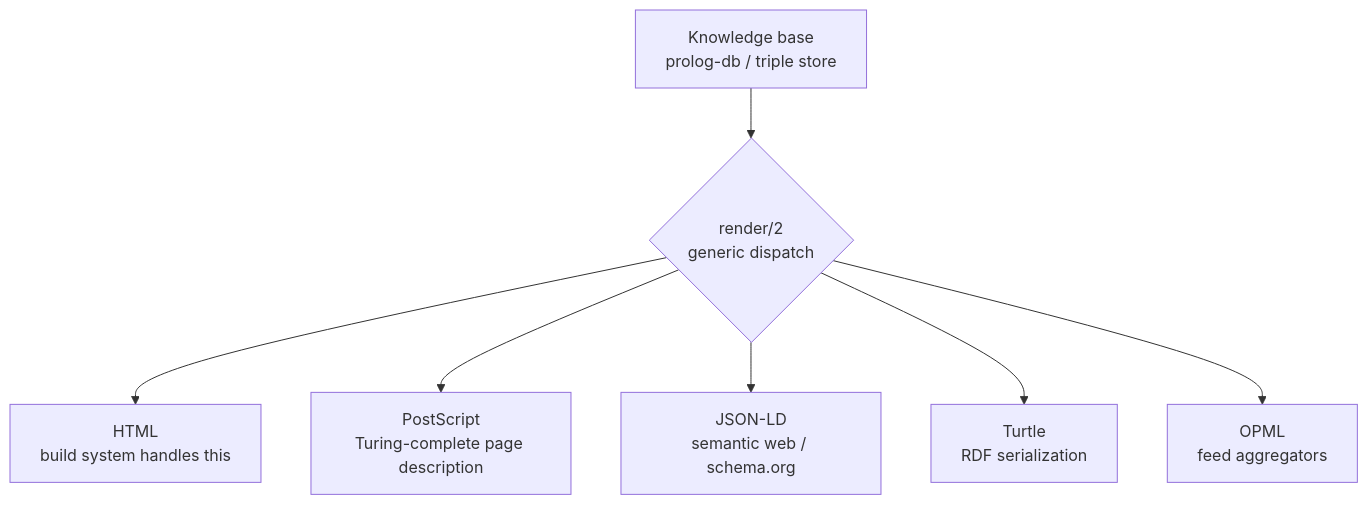
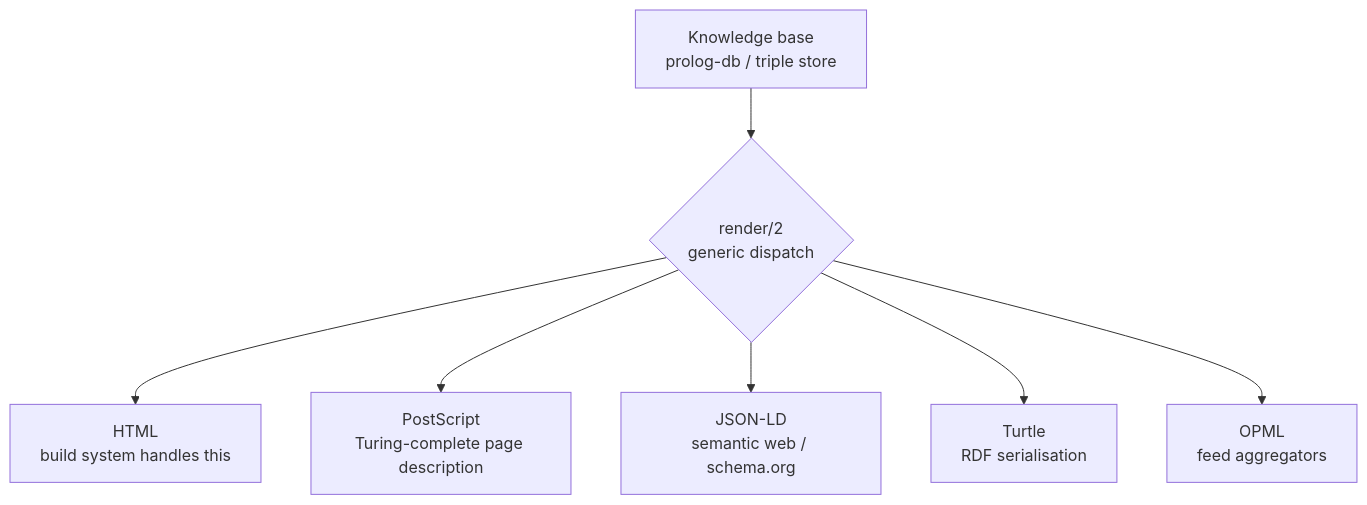
Before and after one commit to denzuko/dwightspencer.com: the second of 3 diagrams in hugo/content/posts/10-three-runtimes-one-site.md, drawn with Mermaid. The commit also changed other lines of this file and 20 other files, not shown here.

````diff
--- a/hugo/content/posts/10-three-runtimes-one-site.md
+++ b/hugo/content/posts/10-three-runtimes-one-site.md
@@ -142,9 +142,9 @@
 ```mermaid
 graph TD
     KB[Knowledge base<br/>prolog-db / triple store] --> R{render/2<br/>generic dispatch}
     R --> HTML[HTML<br/>build system handles this]
     R --> PS[PostScript<br/>Turing-complete page description]
     R --> LD[JSON-LD<br/>semantic web / schema.org]
-    R --> TT[Turtle<br/>RDF serialization]
+    R --> TT[Turtle<br/>RDF serialisation]
     R --> OP[OPML<br/>feed aggregators]
 ```
````
